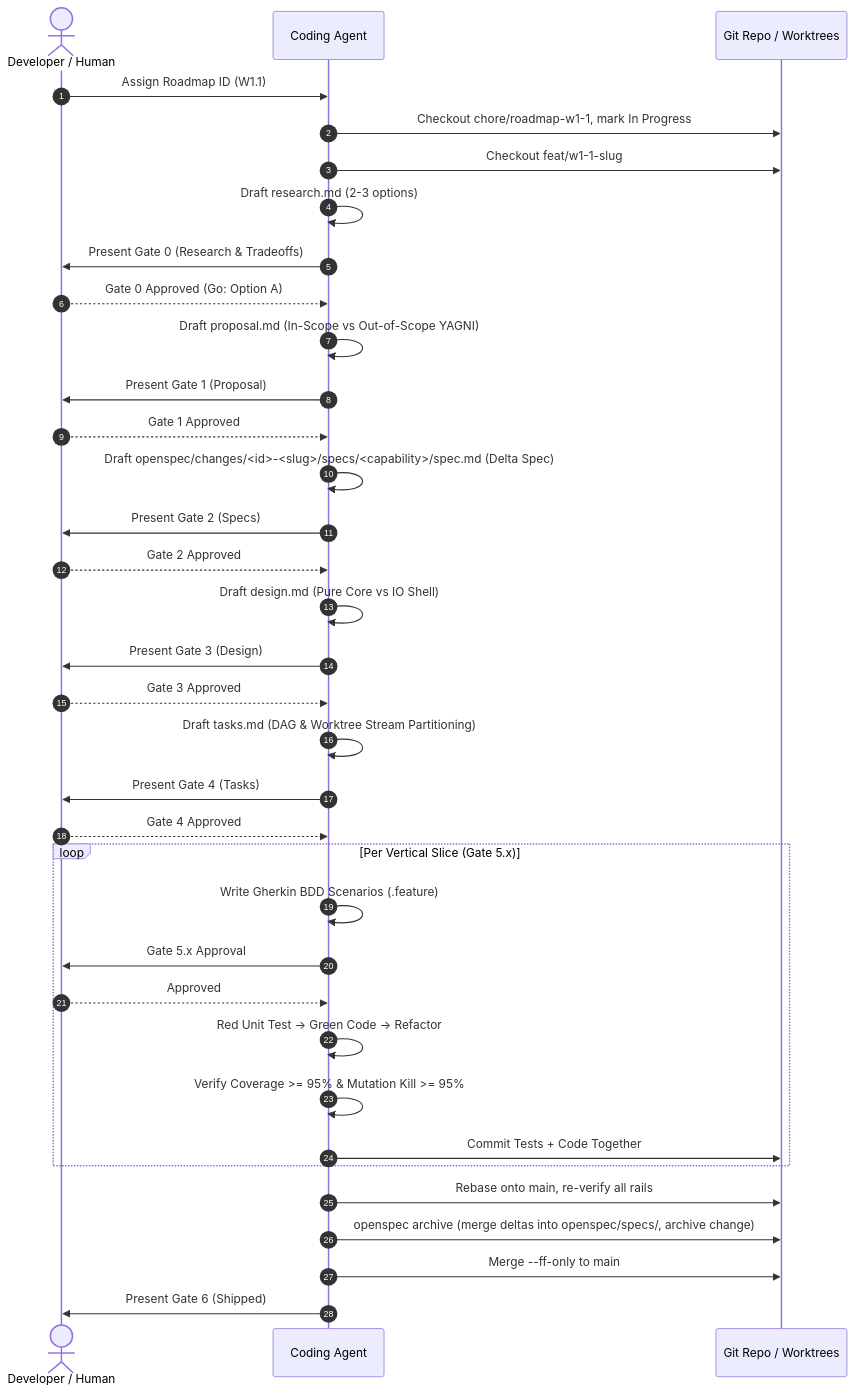
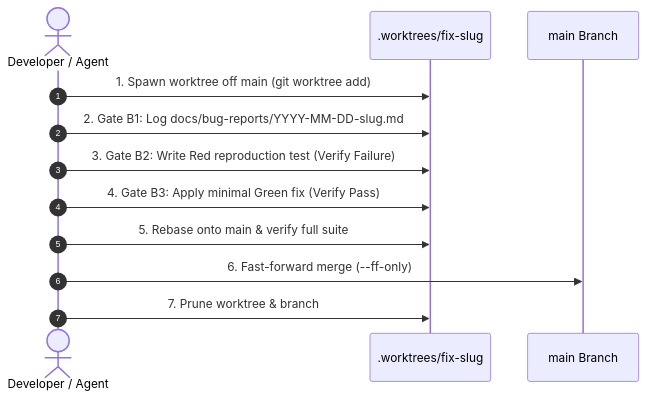
Before and after one commit to mgabs/spec-rails: the fourth of 4 diagrams in docs/WAY_OF_WORKING.md, drawn with Mermaid. The commit also changed other lines of this file and 12 other files, not shown here.

````diff
--- a/docs/WAY_OF_WORKING.md
+++ b/docs/WAY_OF_WORKING.md
@@ -103,44 +132,15 @@
 ```mermaid
 sequenceDiagram
     autonumber
-    actor Human as Developer / Human
-    participant Agent as Coding Agent
-    participant Git as Git Repo / Worktrees
+    actor Dev as Developer / Agent
+    participant WT as .worktrees/fix-slug
+    participant Repo as main Branch
 
-    Human->>Agent: Assign Roadmap ID (W1.1)
-    Agent->>Git: Checkout chore/roadmap-w1-1, mark In Progress
-    Agent->>Git: Checkout feat/w1-1-slug
-    Agent->>Agent: Draft research.md (2-3 options)
-    Agent->>Human: Present Gate 0 (Research & Tradeoffs)
-    Human-->>Agent: Gate 0 Approved (Go: Option A)
-
-    Agent->>Agent: Draft proposal.md (In-Scope vs Out-of-Scope YAGNI)
-    Agent->>Human: Present Gate 1 (Proposal)
-    Human-->>Agent: Gate 1 Approved
-
-    Agent->>Agent: Draft openspec/changes/<id>-<slug>/specs/<capability>/spec.md (Delta Spec)
-    Agent->>Human: Present Gate 2 (Specs)
-    Human-->>Agent: Gate 2 Approved
-
-    Agent->>Agent: Draft design.md (Pure Core vs IO Shell)
-    Agent->>Human: Present Gate 3 (Design)
-    Human-->>Agent: Gate 3 Approved
-
-    Agent->>Agent: Draft tasks.md (DAG & Worktree Stream Partitioning)
-    Agent->>Human: Present Gate 4 (Tasks)
-    Human-->>Agent: Gate 4 Approved
-
-    loop Per Vertical Slice (Gate 5.x)
-        Agent->>Agent: Write Gherkin BDD Scenarios (.feature)
-        Agent->>Human: Gate 5.x Approval
-        Human-->>Agent: Approved
-        Agent->>Agent: Red Unit Test -> Green Code -> Refactor
-        Agent->>Agent: Verify Coverage >= 95% & Mutation Kill >= 95%
-        Agent->>Git: Commit Tests + Code Together
-    end
-
-    Agent->>Git: Rebase onto main, re-verify all rails
-    Agent->>Git: openspec archive (merge deltas into openspec/specs/, archive change)
-    Agent->>Git: Merge --ff-only to main
-    Agent->>Human: Present Gate 6 (Shipped)
+    Dev->>WT: 1. Spawn worktree off main (git worktree add)
+    Dev->>WT: 2. Gate B1: Log docs/bug-reports/YYYY-MM-DD-slug.md
+    Dev->>WT: 3. Gate B2: Write Red reproduction test (Verify Failure)
+    Dev->>WT: 4. Gate B3: Apply minimal Green fix (Verify Pass)
+    Dev->>WT: 5. Rebase onto main & verify full suite
+    Dev->>Repo: 6. Fast-forward merge (--ff-only)
+    Dev->>WT: 7. Prune worktree & branch
 ```
````
